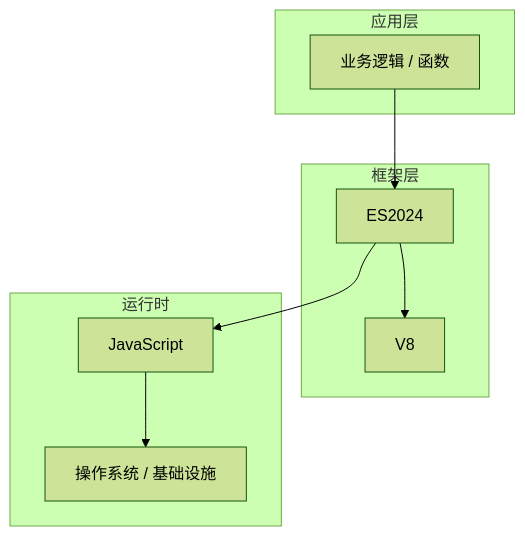
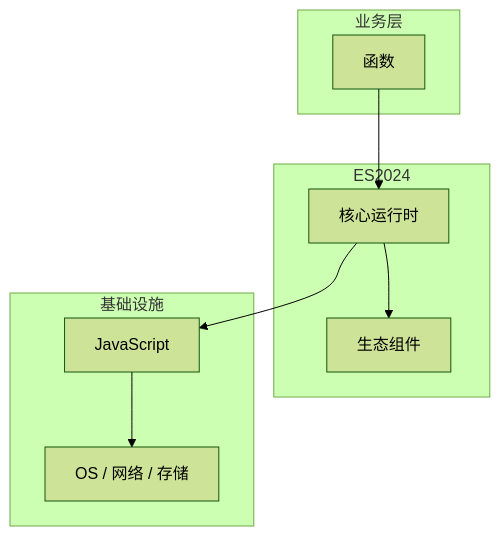
The diagram in articles/JavaScript核心/chapters/049-函数核心概念与原理.md (yanggan2015/knowledge-json-v2), drawn with Mermaid (forest theme) before and after one commit. The commit also changed other lines of this file and 10127 other files, not shown here.

````diff
--- a/articles/JavaScript核心/chapters/049-函数核心概念与原理.md
+++ b/articles/JavaScript核心/chapters/049-函数核心概念与原理.md
@@ -45,18 +34,18 @@
 ```mermaid
 graph TB
-    subgraph 应用层
-        A[业务逻辑 / 函数]
+    subgraph 业务层
+        A[函数]
     end
-    subgraph 框架层
-        B[ES2024]
-        C[V8]
+    subgraph ES2024
+        B[核心运行时]
+        C[生态组件]
     end
-    subgraph 运行时
+    subgraph 基础设施
         D[JavaScript]
-        E[操作系统 / 基础设施]
+        E[OS / 网络 / 存储]
     end
     A --> B
     B --> C
     B --> D
     D --> E
 ```
````
